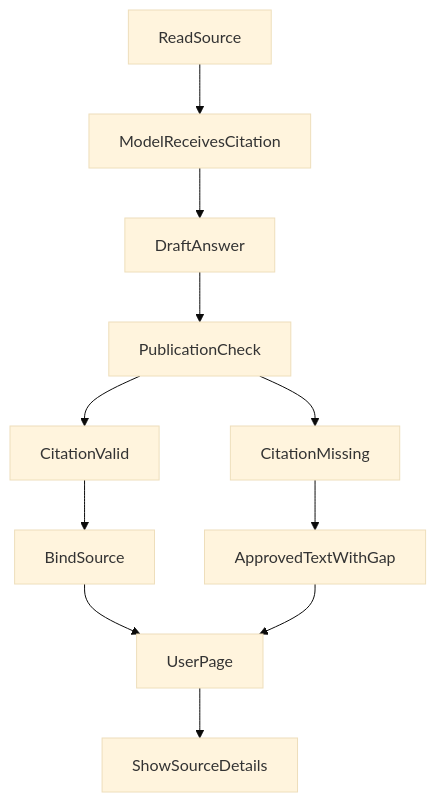
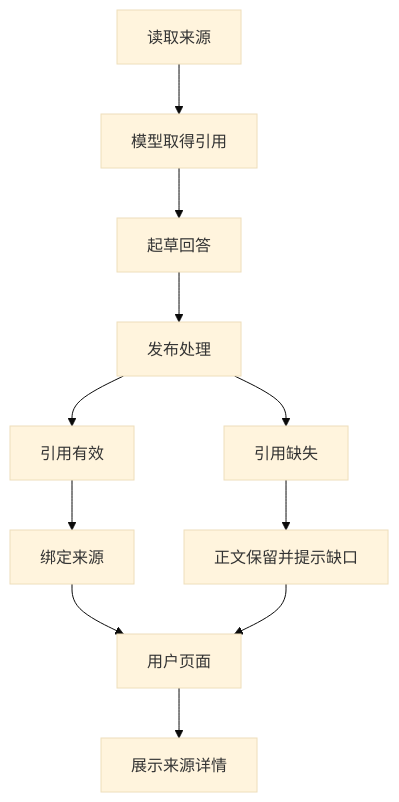
Before and after one commit to hpoenixf/eff-agent-article: the eighth of 10 diagrams in articles/021-agent-web-research-from-search-to-deep-reading.md, drawn with Mermaid (base theme). The commit also changed other lines of this file and 52 other files, not shown here.

Commit message:
docs: localize diagrams and clarify flagship guides

````diff
--- a/articles/021-agent-web-research-from-search-to-deep-reading.md
+++ b/articles/021-agent-web-research-from-search-to-deep-reading.md
@@ -277,13 +277,13 @@
 ```mermaid
 graph TD
-ReadSource --> ModelReceivesCitation
-ModelReceivesCitation --> DraftAnswer
-DraftAnswer --> PublicationCheck
-PublicationCheck --> CitationValid
-PublicationCheck --> CitationMissing
-CitationValid --> BindSource
-BindSource --> UserPage
-CitationMissing --> ApprovedTextWithGap
+ReadSource["读取来源"] --> ModelReceivesCitation["模型取得引用"]
+ModelReceivesCitation --> DraftAnswer["起草回答"]
+DraftAnswer --> PublicationCheck["发布处理"]
+PublicationCheck --> CitationValid["引用有效"]
+PublicationCheck --> CitationMissing["引用缺失"]
+CitationValid --> BindSource["绑定来源"]
+BindSource --> UserPage["用户页面"]
+CitationMissing --> ApprovedTextWithGap["正文保留并提示缺口"]
 ApprovedTextWithGap --> UserPage
-UserPage --> ShowSourceDetails
+UserPage --> ShowSourceDetails["展示来源详情"]
 ```
````
